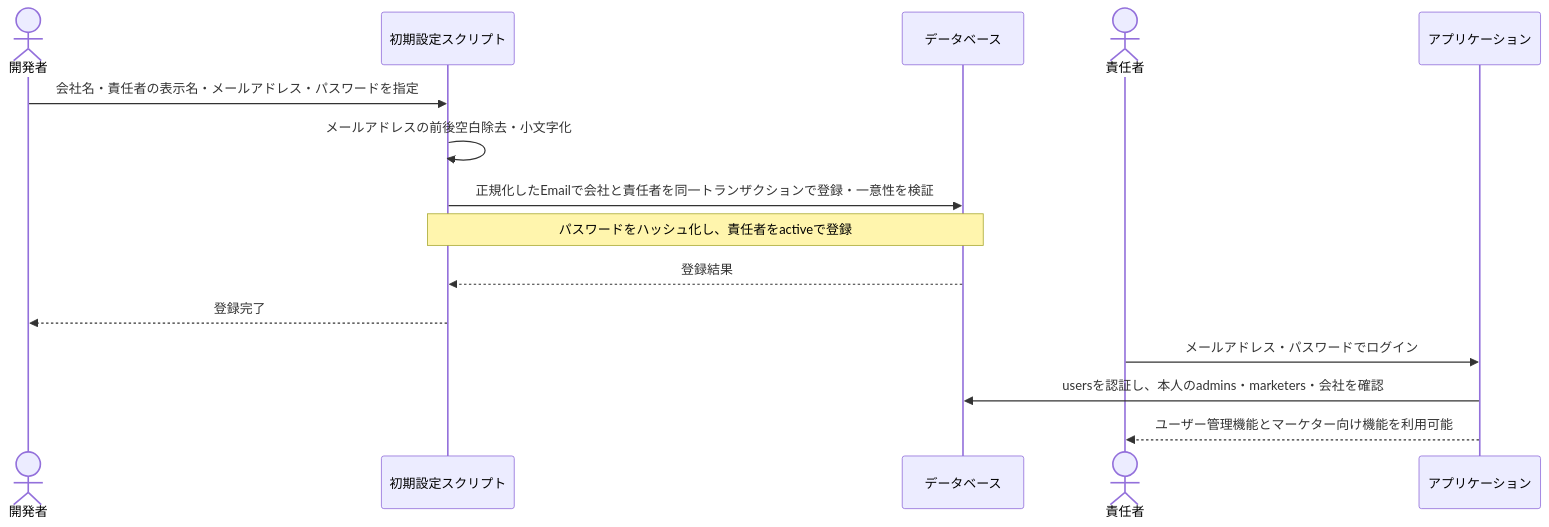
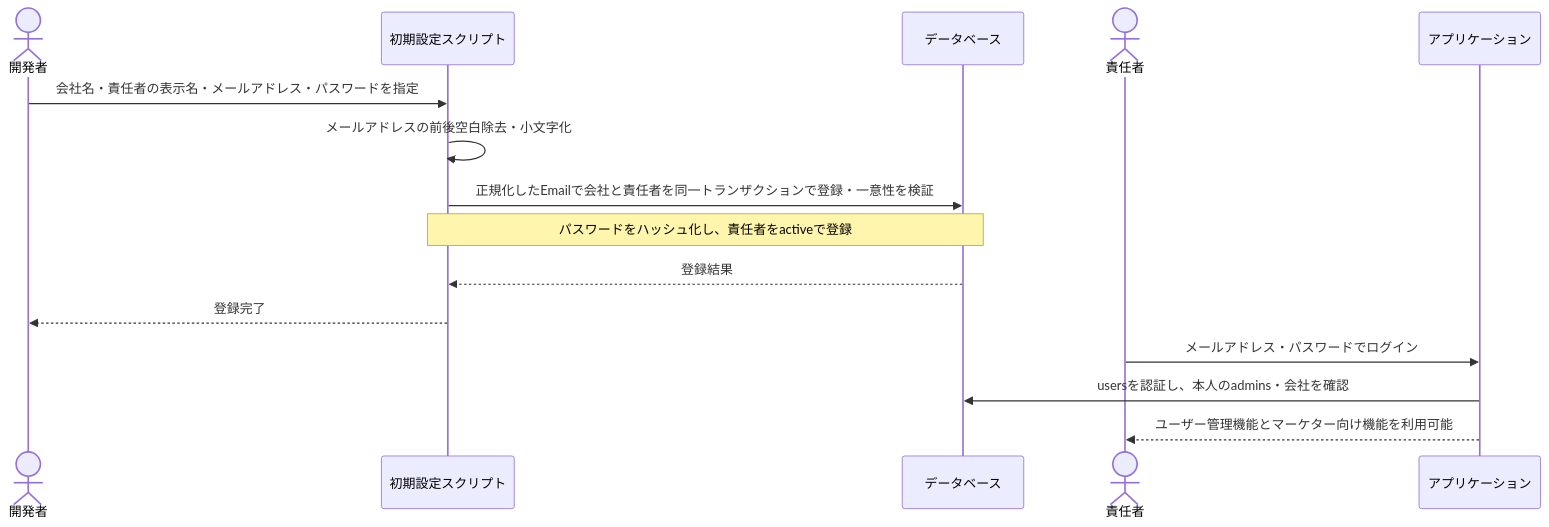
The fifth of 8 diagrams in docs/v.0.1/USECASE.md (nishimura-yuma77/hiromeru), drawn with Mermaid before and after one commit. The commit also changed other lines of this file and 8 other files, not shown here.

````diff
--- a/docs/v.0.1/USECASE.md
+++ b/docs/v.0.1/USECASE.md
@@ -428,18 +428,18 @@
 ```mermaid
 sequenceDiagram
     actor Operator as 開発者
     participant Script as 初期設定スクリプト
     participant DB as データベース
     actor Owner as 責任者
     participant App as アプリケーション
 
     Operator->>Script: 会社名・責任者の表示名・メールアドレス・パスワードを指定
     Script->>Script: メールアドレスの前後空白除去・小文字化
     Script->>DB: 正規化したEmailで会社と責任者を同一トランザクションで登録・一意性を検証
     Note over Script,DB: パスワードをハッシュ化し、責任者をactiveで登録
     DB-->>Script: 登録結果
     Script-->>Operator: 登録完了
     Owner->>App: メールアドレス・パスワードでログイン
-    App->>DB: usersを認証し、本人のadmins・marketers・会社を確認
+    App->>DB: usersを認証し、本人のadmins・会社を確認
     App-->>Owner: ユーザー管理機能とマーケター向け機能を利用可能
 ```
````
